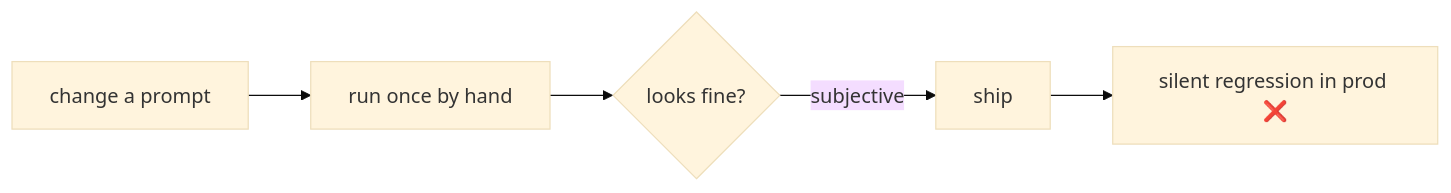
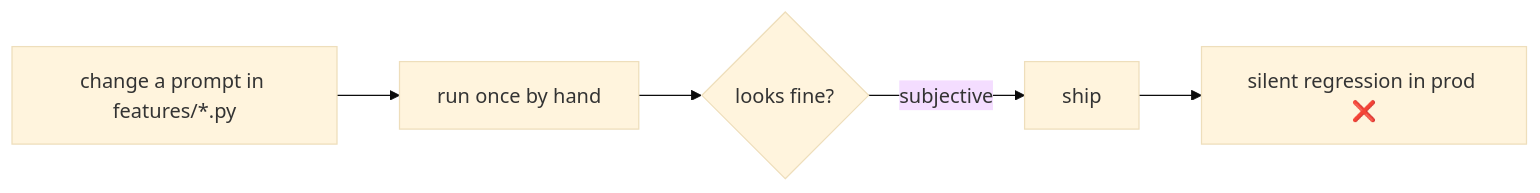
The first of 2 diagrams in docs/specifications/ai_features/stories/AIE-04-ai-evaluation-harness.md (FixFlow-AI/FixFlow-AI-web), drawn with Mermaid (base theme) before and after one commit. The commit also changed other lines of this file and 13 other files, not shown here.

````diff
--- a/docs/specifications/ai_features/stories/AIE-04-ai-evaluation-harness.md
+++ b/docs/specifications/ai_features/stories/AIE-04-ai-evaluation-harness.md
@@ -22,7 +22,7 @@
 ```mermaid
 flowchart LR
-    A[change a prompt] --> B[run once by hand]
+    A[change a prompt in features/*.py] --> B[run once by hand]
     B --> C{looks fine?}
     C -->|subjective| D[ship]
     D --> E[silent regression in prod ❌]
 ```
````
